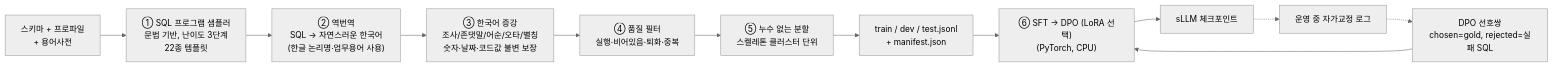
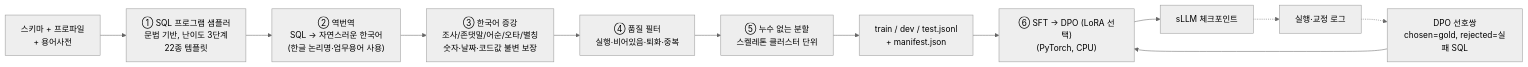
One commit to sokldjs554/aegis-sql changed the diagram in docs/FLYWHEEL.md. Above: the diagram before and after it, drawn with Mermaid (neutral theme). The commit also changed other lines of this file and 34 other files, not shown here.

````diff
--- a/docs/FLYWHEEL.md
+++ b/docs/FLYWHEEL.md
@@ -13,14 +13,14 @@
 ```mermaid
 flowchart LR
     S["스키마 + 프로파일<br/>+ 용어사전"] --> A
     A["① SQL 프로그램 샘플러<br/>문법 기반, 난이도 3단계<br/>22종 템플릿"] --> B
     B["② 역번역<br/>SQL → 자연스러운 한국어<br/>(한글 논리명·업무용어 사용)"] --> C
     C["③ 한국어 증강<br/>조사/존댓말/어순/오타/별칭<br/>숫자·날짜·코드값 불변 보장"] --> D
     D["④ 품질 필터<br/>실행·비어있음·퇴화·중복"] --> E
     E["⑤ 누수 없는 분할<br/>스켈레톤 클러스터 단위"] --> F
     F["train / dev / test.jsonl<br/>+ manifest.json"] --> G
     G["⑥ SFT → DPO (LoRA 선택)<br/>(PyTorch, CPU)"] --> H["sLLM 체크포인트"]
-    H -.-> I["운영 중 자가교정 로그"]
+    H -.-> I["실행·교정 로그"]
     I -.-> J["DPO 선호쌍<br/>chosen=gold, rejected=실패 SQL"]
     J --> G
 ```
````
